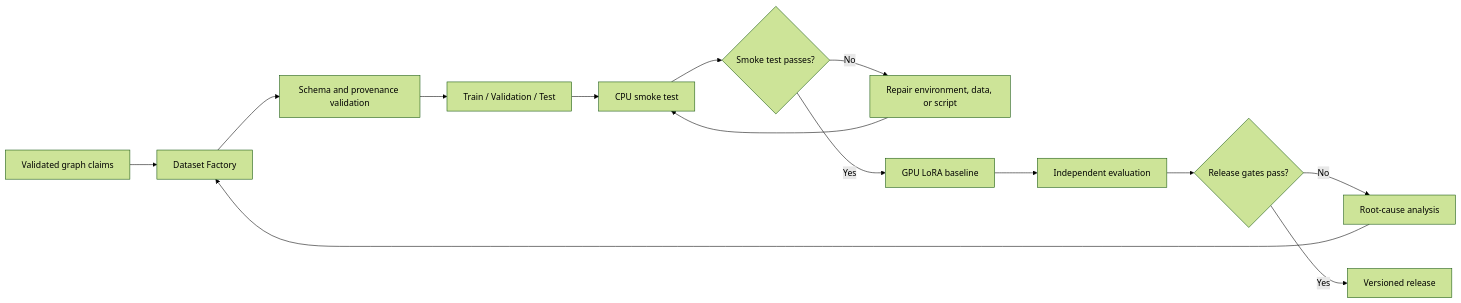
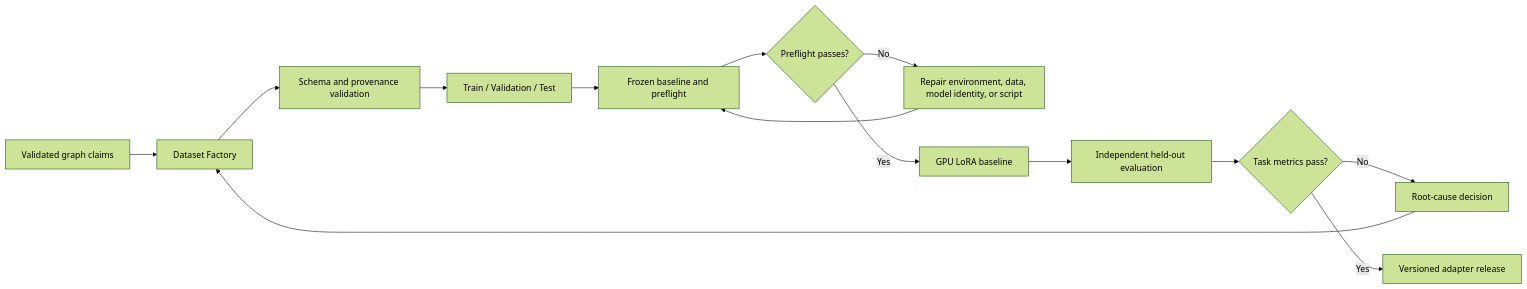
The second of 2 diagrams in docs/TRAINING-PIPELINE.md (saskw2010/Knowledge-OS), drawn with Mermaid (forest theme) before and after one commit. The commit also changed other lines of this file, not shown here.

````diff
--- a/docs/TRAINING-PIPELINE.md
+++ b/docs/TRAINING-PIPELINE.md
@@ -89,16 +111,16 @@
 ```mermaid
 flowchart LR
     A[Validated graph claims] --> B[Dataset Factory]
     B --> C[Schema and provenance validation]
     C --> D[Train / Validation / Test]
-    D --> E[CPU smoke test]
-    E --> F{Smoke test passes?}
-    F -- No --> G[Repair environment, data, or script]
+    D --> E[Frozen baseline and preflight]
+    E --> F{Preflight passes?}
+    F -- No --> G[Repair environment, data, model identity, or script]
     G --> E
     F -- Yes --> H[GPU LoRA baseline]
-    H --> I[Independent evaluation]
-    I --> J{Release gates pass?}
-    J -- No --> K[Root-cause analysis]
+    H --> I[Independent held-out evaluation]
+    I --> J{Task metrics pass?}
+    J -- No --> K[Root-cause decision]
     K --> B
-    J -- Yes --> L[Versioned release]
+    J -- Yes --> L[Versioned adapter release]
 ```
````
